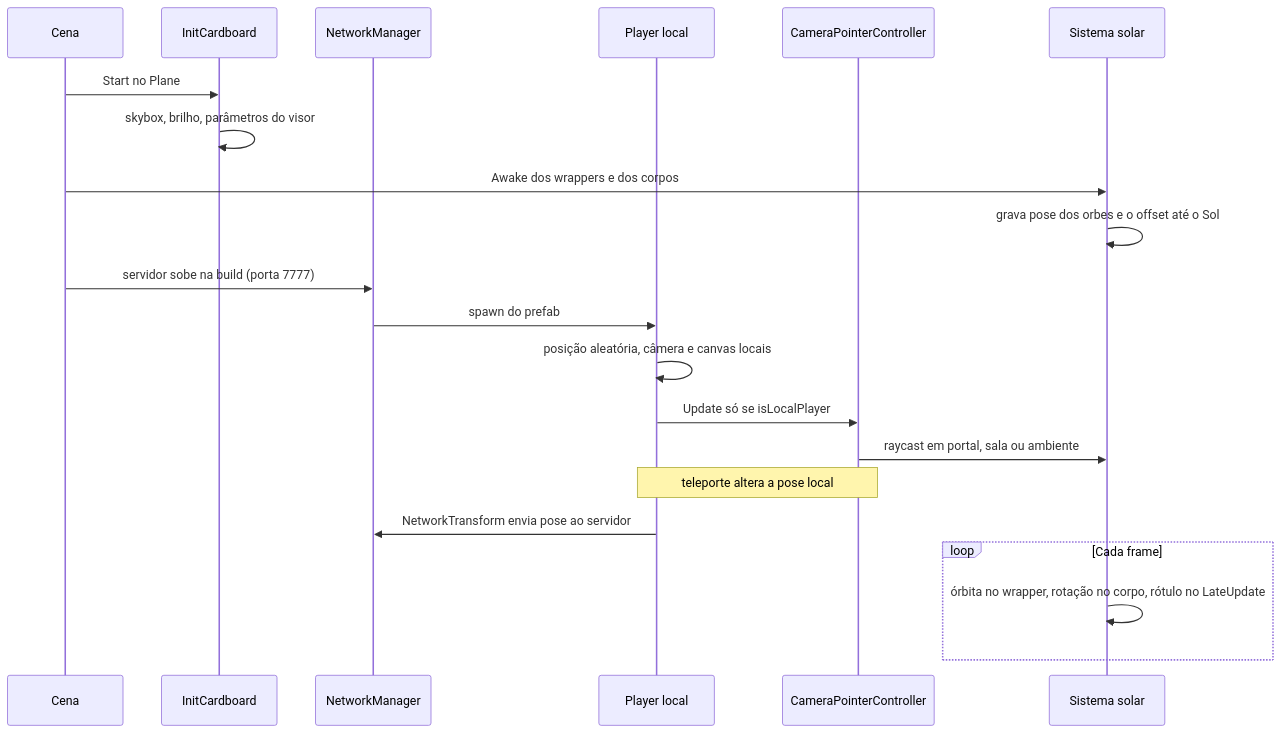
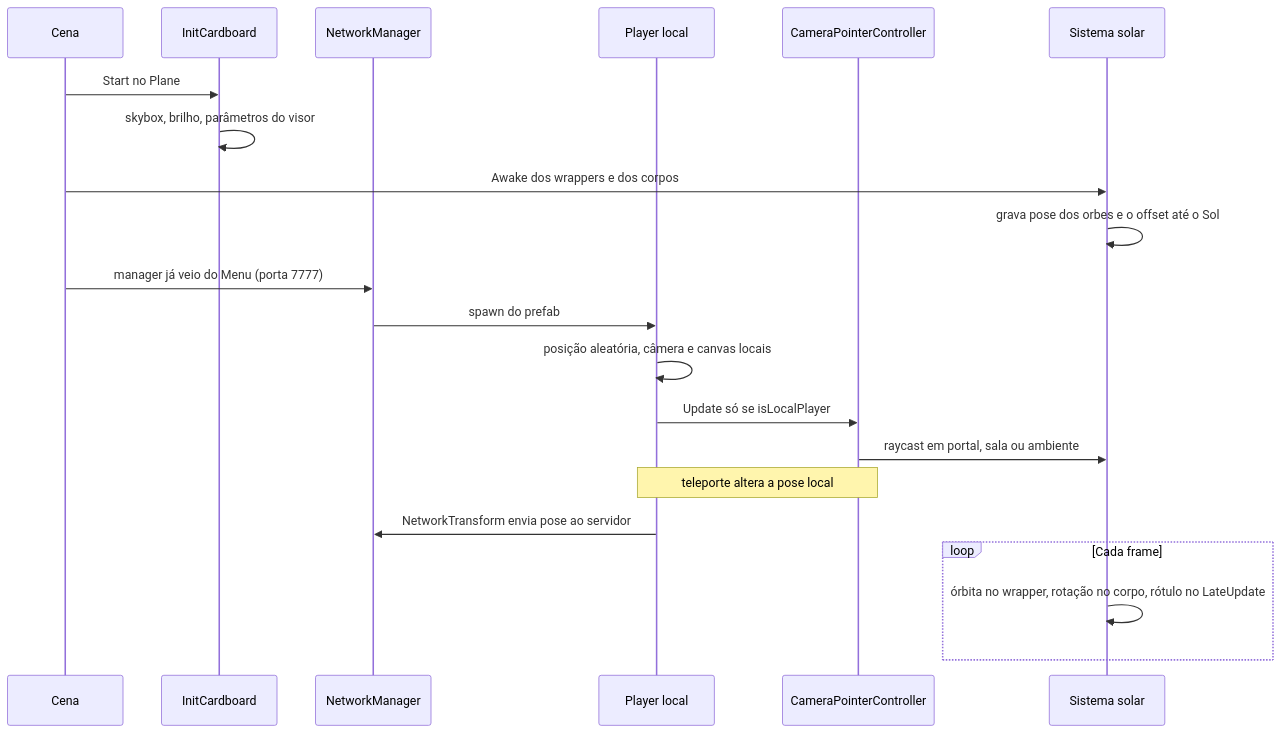
The second of 2 diagrams in docs/arquitetura.md (Ebon-Labs/meta-class-alpha), drawn with Mermaid before and after one commit. The commit also changed other lines of this file and 93 other files, not shown here.

````diff
--- a/docs/arquitetura.md
+++ b/docs/arquitetura.md
@@ -324,24 +375,24 @@
 ```mermaid
 sequenceDiagram
     participant Boot as Cena
     participant Card as InitCardboard
     participant Net as NetworkManager
     participant Player as Player local
     participant Gaze as CameraPointerController
     participant World as Sistema solar
 
     Boot->>Card: Start no Plane
     Card->>Card: skybox, brilho, parâmetros do visor
     Boot->>World: Awake dos wrappers e dos corpos
     World->>World: grava pose dos orbes e o offset até o Sol
-    Boot->>Net: servidor sobe na build (porta 7777)
+    Boot->>Net: manager já veio do Menu (porta 7777)
     Net->>Player: spawn do prefab
     Player->>Player: posição aleatória, câmera e canvas locais
     Player->>Gaze: Update só se isLocalPlayer
     Gaze->>World: raycast em portal, sala ou ambiente
     Note over Gaze,Player: teleporte altera a pose local
     Player->>Net: NetworkTransform envia pose ao servidor
     loop Cada frame
         World->>World: órbita no wrapper, rotação no corpo, rótulo no LateUpdate
     end
 ```
````
